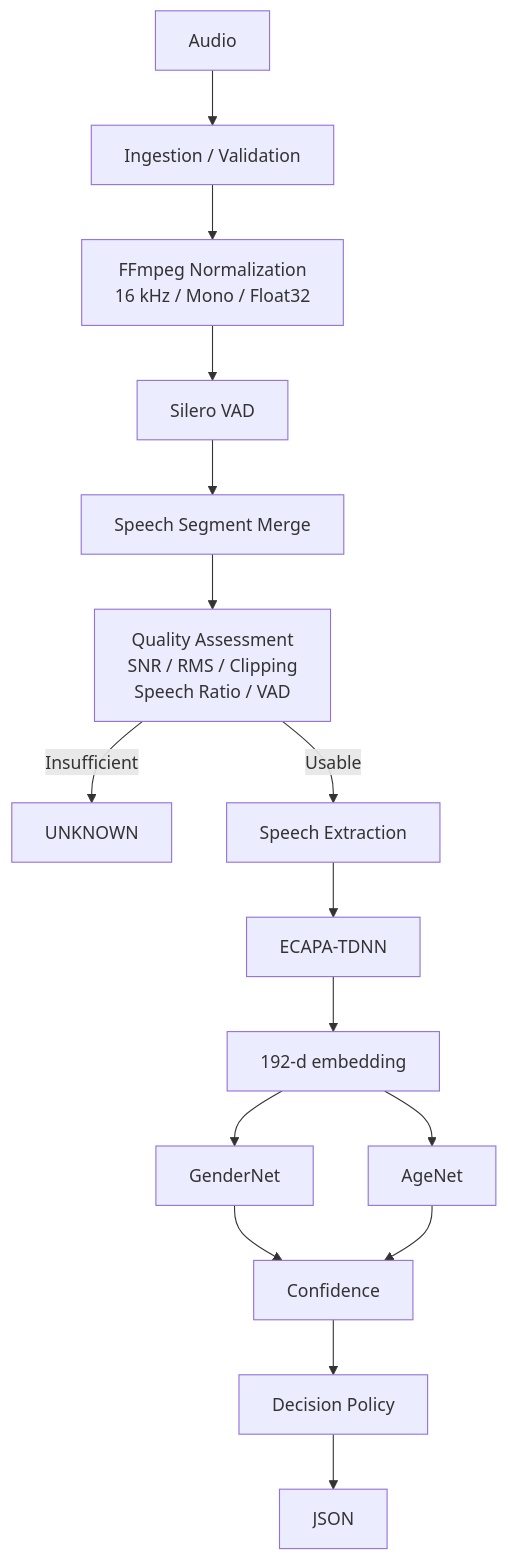
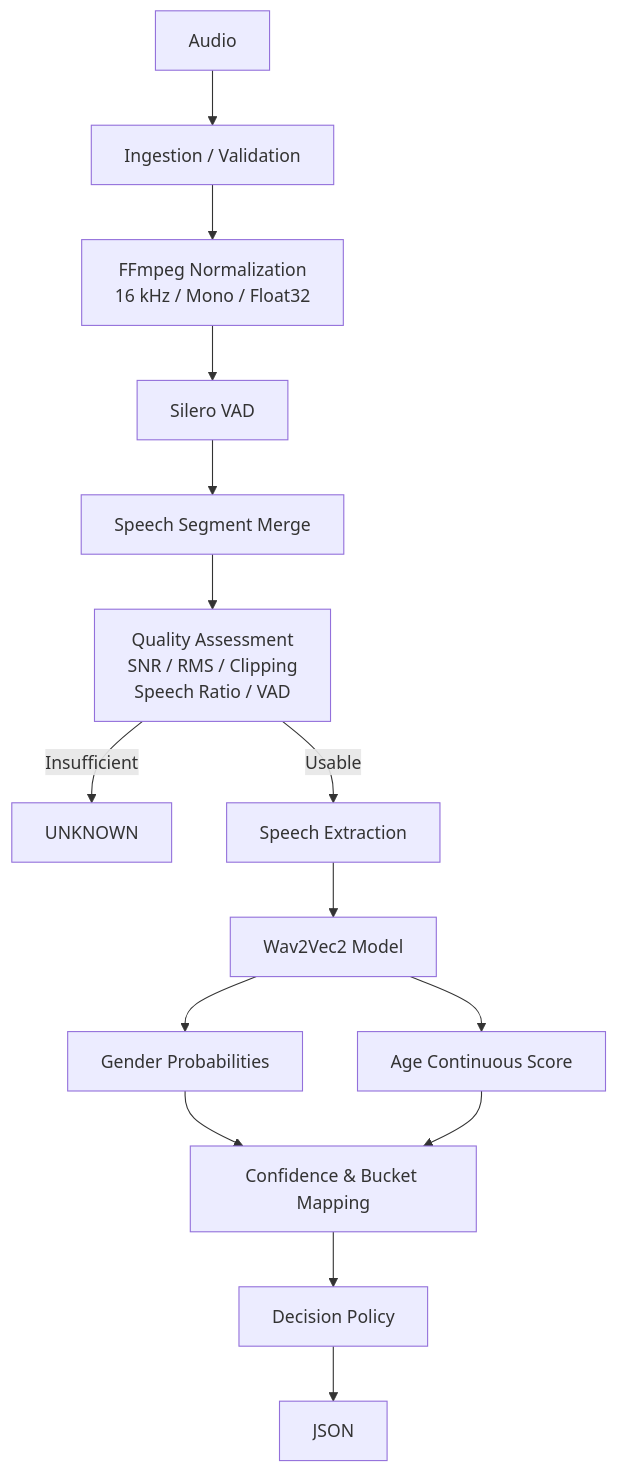
The first of 2 diagrams in README.md (Gowtham0207o/Dialflo_audioDigestion), drawn with Mermaid before and after one commit. The commit also changed other lines of this file and 12 other files, not shown here.

````diff
--- a/README.md
+++ b/README.md
@@ -9,23 +9,22 @@
 ```mermaid
 flowchart TD
     A[Audio] --> B[Ingestion / Validation]
     B --> C[FFmpeg Normalization<br>16 kHz / Mono / Float32]
     C --> D[Silero VAD]
     D --> E[Speech Segment Merge]
     E --> F[Quality Assessment<br>SNR / RMS / Clipping<br>Speech Ratio / VAD]
     
     F -->|Insufficient| G[UNKNOWN]
     F -->|Usable| H[Speech Extraction]
     
-    H --> I[ECAPA-TDNN]
-    I --> J[192-d embedding]
+    H --> I[Wav2Vec2 Model]
     
-    J --> K[GenderNet]
-    J --> L[AgeNet]
+    I --> K[Gender Probabilities]
+    I --> L[Age Continuous Score]
     
-    K --> M[Confidence]
+    K --> M[Confidence & Bucket Mapping]
     L --> M
     
     M --> N[Decision Policy]
     N --> O[JSON]
 ```
````
